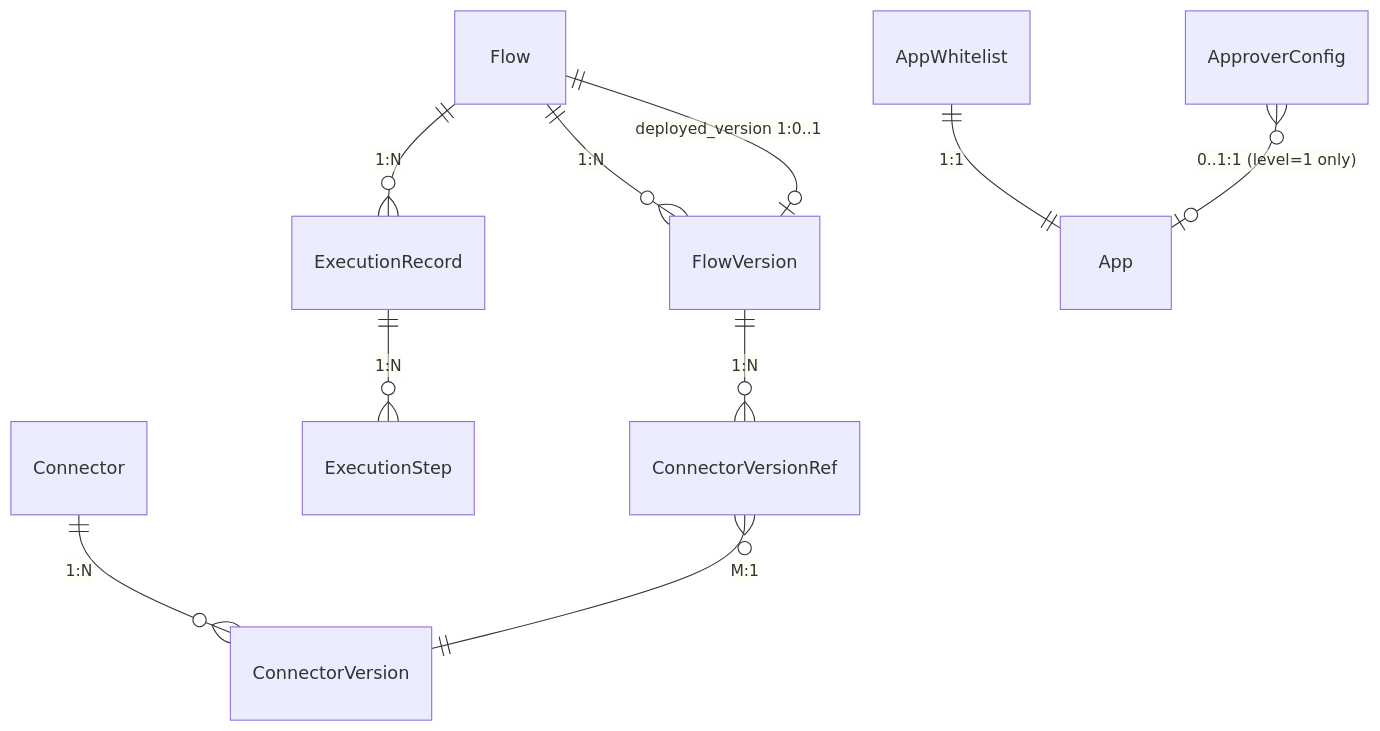
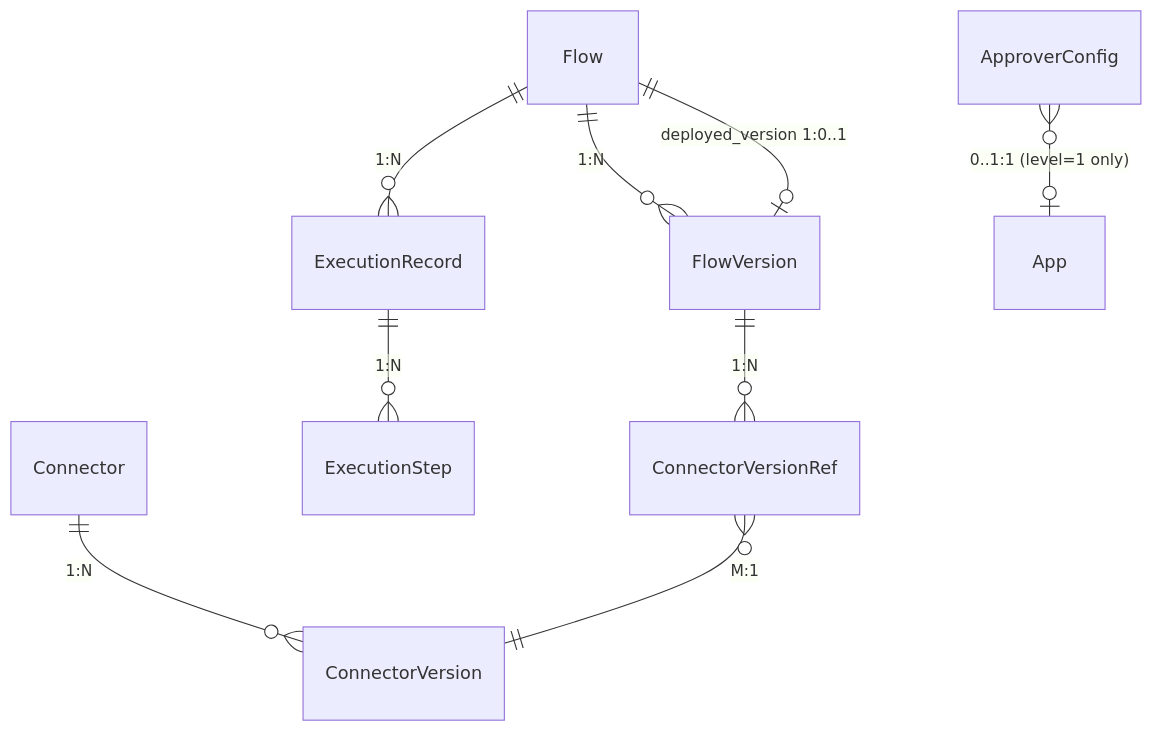
The diagram in .sddu/specs-tree-root/specs-tree-connector-platform-v2/plan-db.md (THZSummer/open-app), drawn with Mermaid before and after one commit. The commit also changed other lines of this file and 1 other file, not shown here.

````diff
--- a/.sddu/specs-tree-root/specs-tree-connector-platform-v2/plan-db.md
+++ b/.sddu/specs-tree-root/specs-tree-connector-platform-v2/plan-db.md
@@ -162,12 +161,11 @@
 ```mermaid
 erDiagram
     Connector ||--o{ ConnectorVersion : "1:N"
     Flow ||--o{ FlowVersion : "1:N"
     Flow ||--o| FlowVersion : "deployed_version 1:0..1"
     Flow ||--o{ ExecutionRecord : "1:N"
     ExecutionRecord ||--o{ ExecutionStep : "1:N"
     FlowVersion ||--o{ ConnectorVersionRef : "1:N"
     ConnectorVersionRef }o--|| ConnectorVersion : "M:1"
-    AppWhitelist ||--|| App : "1:1"
     ApproverConfig }o--o| App : "0..1:1 (level=1 only)"
 ```
````
